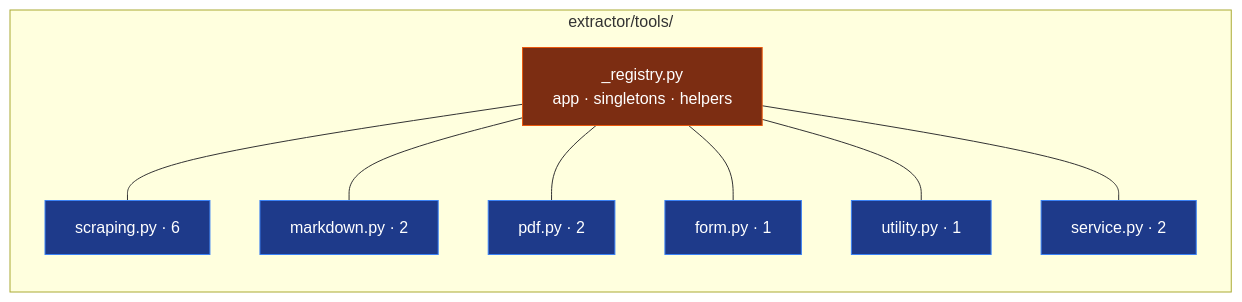
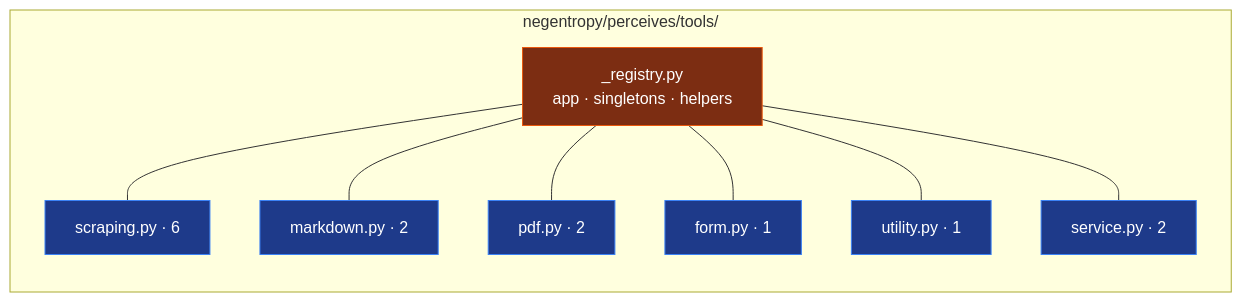
The second of 5 diagrams in docs/1-Framework.md (ThreeFish-AI/data-extractor), drawn with Mermaid before and after one commit. The commit also changed other lines of this file and 116 other files, not shown here.

````diff
--- a/docs/1-Framework.md
+++ b/docs/1-Framework.md
@@ -50,22 +50,22 @@
 ```mermaid
 graph LR
-    subgraph "extractor/tools/"
+    subgraph "negentropy/perceives/tools/"
         R["_registry.py<br/>app · singletons · helpers"]
         S["scraping.py · 6"] & M["markdown.py · 2"] & P["pdf.py · 2"]
         F["form.py · 1"] & U["utility.py · 1"] & SV["service.py · 2"]
     end
     R --- S
     R --- M
     R --- P
     R --- F
     R --- U
     R --- SV
 
     style R fill:#7c2d12,stroke:#ea580c,color:#ffffff
     style S fill:#1e3a8a,stroke:#3b82f6,color:#ffffff
     style M fill:#1e3a8a,stroke:#3b82f6,color:#ffffff
     style P fill:#1e3a8a,stroke:#3b82f6,color:#ffffff
     style F fill:#1e3a8a,stroke:#3b82f6,color:#ffffff
     style U fill:#1e3a8a,stroke:#3b82f6,color:#ffffff
     style SV fill:#1e3a8a,stroke:#3b82f6,color:#ffffff
 ```
````
